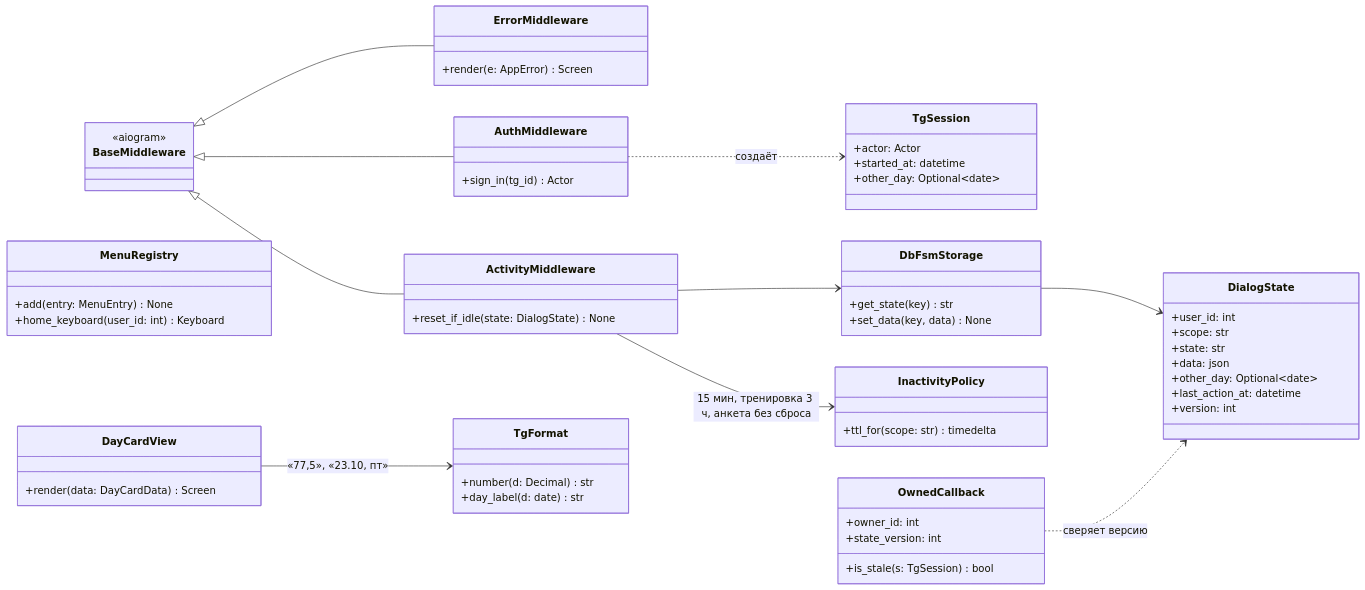
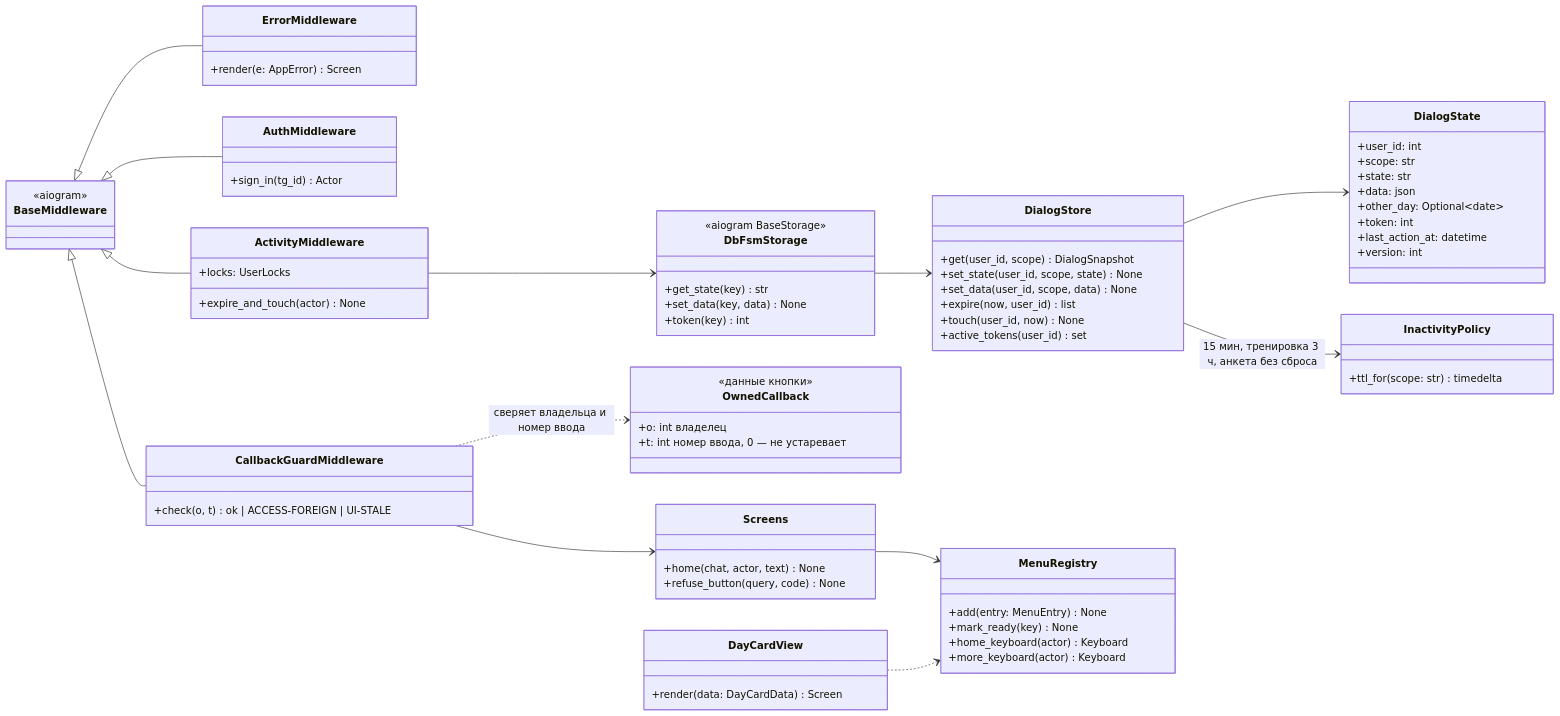
One commit to egorkudd/habit-bot changed the seventh of 13 diagrams in docs/architecture.md. Above: the diagram before and after it, drawn with Mermaid. The commit also changed other lines of this file and 40 other files, not shown here.

````diff
--- a/docs/architecture.md
+++ b/docs/architecture.md
@@ -571,63 +572,78 @@
 ```mermaid
 classDiagram
   direction LR
   class BaseMiddleware {
     <<aiogram>>
   }
   class ErrorMiddleware {
     +render(e: AppError) Screen
   }
   class AuthMiddleware {
     +sign_in(tg_id) Actor
   }
   class ActivityMiddleware {
-    +reset_if_idle(state: DialogState) None
+    +locks: UserLocks
+    +expire_and_touch(actor) None
   }
-  class TgSession {
-    +actor: Actor
-    +started_at: datetime
-    +other_day: Optional~date~
+  class CallbackGuardMiddleware {
+    +check(o, t) ok | ACCESS-FOREIGN | UI-STALE
+  }
+  class DialogStore {
+    +get(user_id, scope) DialogSnapshot
+    +set_state(user_id, scope, state) None
+    +set_data(user_id, scope, data) None
+    +expire(now, user_id) list
+    +touch(user_id, now) None
+    +active_tokens(user_id) set
   }
   class DbFsmStorage {
+    <<aiogram BaseStorage>>
     +get_state(key) str
     +set_data(key, data) None
+    +token(key) int
   }
   class DialogState {
     +user_id: int
     +scope: str
     +state: str
     +data: json
     +other_day: Optional~date~
+    +token: int
     +last_action_at: datetime
     +version: int
   }
   class InactivityPolicy {
     +ttl_for(scope: str) timedelta
   }
   class OwnedCallback {
-    +owner_id: int
-    +state_version: int
-    +is_stale(s: TgSession) bool
+    <<данные кнопки>>
+    +o: int  владелец
+    +t: int  номер ввода, 0 — не устаревает
   }
   class MenuRegistry {
     +add(entry: MenuEntry) None
-    +home_keyboard(user_id: int) Keyboard
+    +mark_ready(key) None
+    +home_keyboard(actor) Keyboard
+    +more_keyboard(actor) Keyboard
   }
-  class TgFormat {
-    +number(d: Decimal) str
-    +day_label(d: date) str
+  class Screens {
+    +home(chat, actor, text) None
+    +refuse_button(query, code) None
   }
   class DayCardView {
     +render(data: DayCardData) Screen
   }
 
   BaseMiddleware <|-- ErrorMiddleware
   BaseMiddleware <|-- AuthMiddleware
   BaseMiddleware <|-- ActivityMiddleware
-  AuthMiddleware ..> TgSession : создаёт
+  BaseMiddleware <|-- CallbackGuardMiddleware
   ActivityMiddleware --> DbFsmStorage
-  ActivityMiddleware --> InactivityPolicy : 15 мин, тренировка 3 ч, анкета без сброса
-  DbFsmStorage --> DialogState
-  OwnedCallback ..> DialogState : сверяет версию
-  DayCardView --> TgFormat : «77,5», «23.10, пт»
+  DbFsmStorage --> DialogStore
+  DialogStore --> DialogState
+  DialogStore --> InactivityPolicy : 15 мин, тренировка 3 ч, анкета без сброса
+  CallbackGuardMiddleware ..> OwnedCallback : сверяет владельца и номер ввода
+  CallbackGuardMiddleware --> Screens
+  Screens --> MenuRegistry
+  DayCardView ..> MenuRegistry
 ```
````
